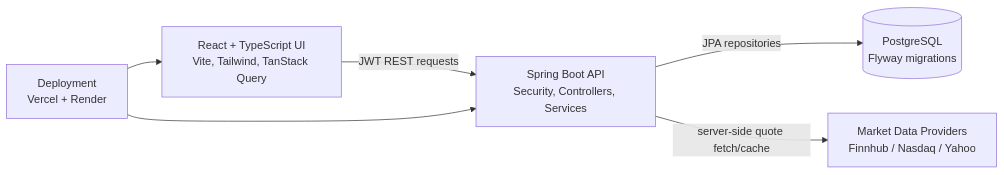
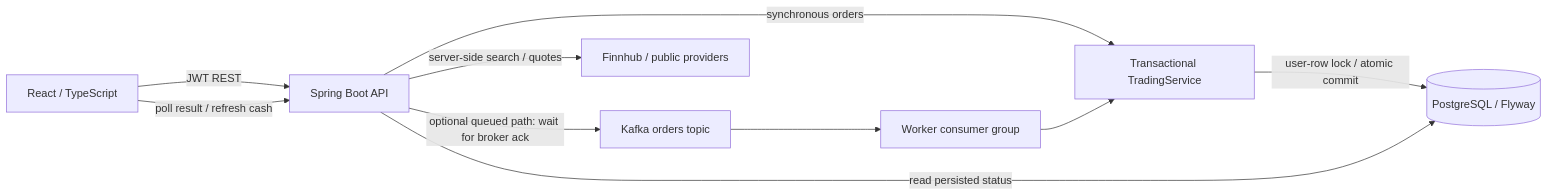
One commit to Aashish-cs/LedgerOne changed the first of 2 diagrams in README.md. Above: the diagram before and after it, drawn with Mermaid. The commit also changed other lines of this file and 80 other files, not shown here.

````diff
--- a/README.md
+++ b/README.md
@@ -37,14 +51,12 @@
 ```mermaid
 flowchart LR
-  Browser["React + TypeScript UI<br/>Vite, Tailwind, TanStack Query"]
-  API["Spring Boot API<br/>Security, Controllers, Services"]
-  DB[("PostgreSQL<br/>Flyway migrations")]
-  Market["Market Data Providers<br/>Finnhub / Nasdaq / Yahoo"]
-  Deploy["Deployment<br/>Vercel + Render"]
-
-  Browser -->|JWT REST requests| API
-  API -->|JPA repositories| DB
-  API -->|server-side quote fetch/cache| Market
-  Deploy --> Browser
-  Deploy --> API
+  UI[React / TypeScript] -->|JWT REST| API[Spring Boot API]
+  API -->|synchronous orders| Trade[Transactional TradingService]
+  API -->|optional queued path: wait for broker ack| Kafka[Kafka orders topic]
+  Kafka --> Worker[Worker consumer group]
+  Worker --> Trade
+  Trade -->|user-row lock / atomic commit| DB[(PostgreSQL / Flyway)]
+  API -->|server-side search / quotes| Market[Finnhub / public providers]
+  API -->|read persisted status| DB
+  UI -->|poll result / refresh cash| API
 ```
````
